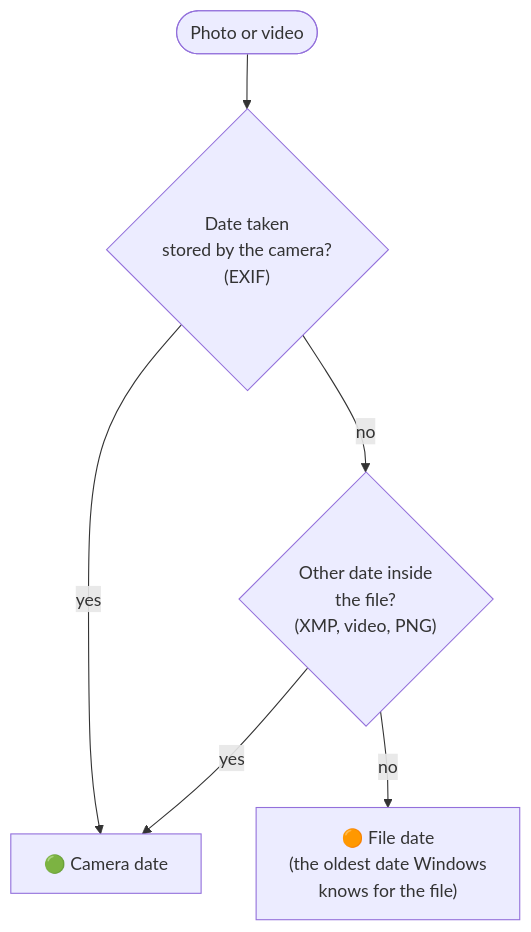
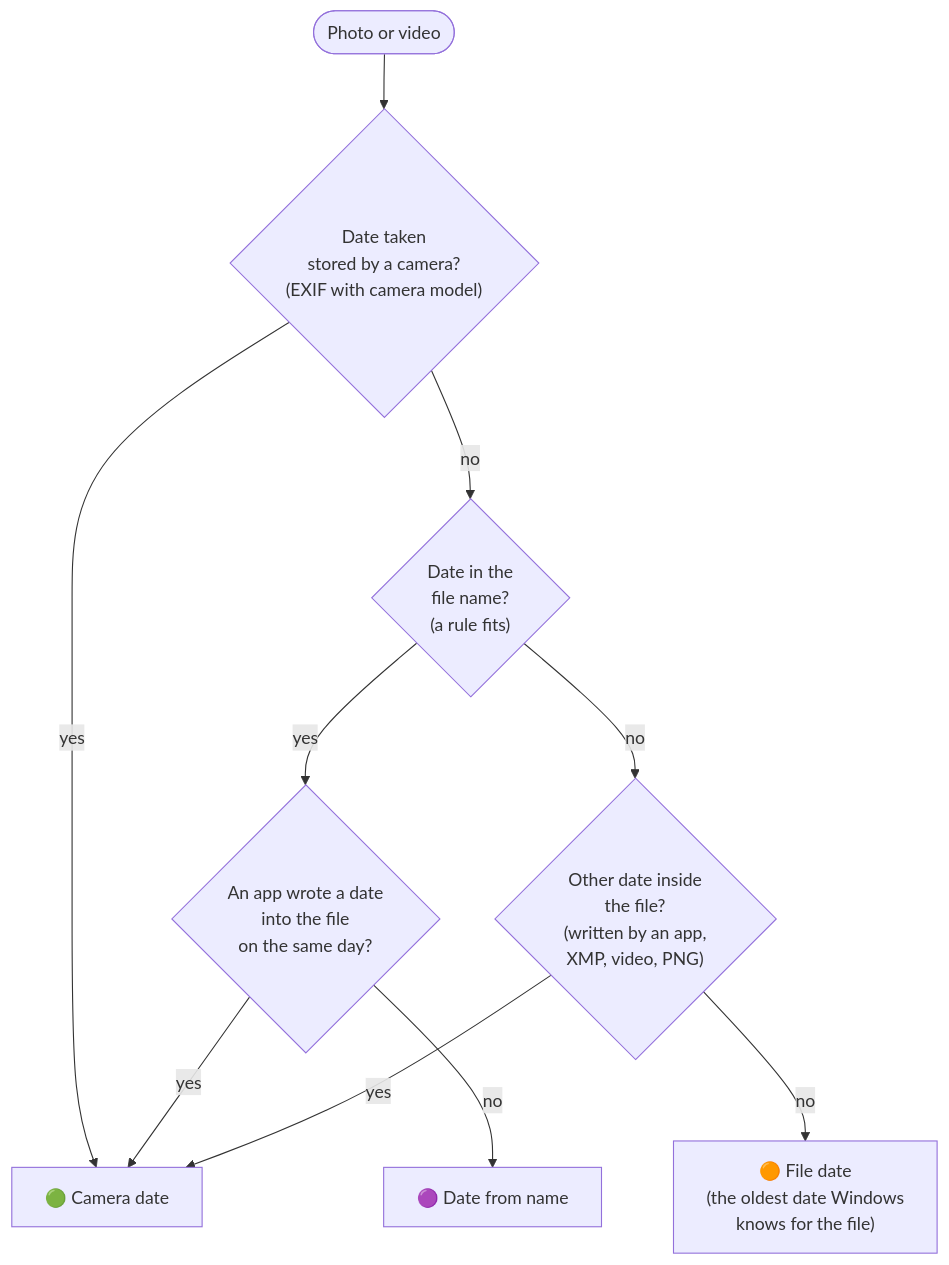
Before and after one commit to jannikjordan/snapdate: the second of 2 diagrams in docs/user-guide.en.md, drawn with Mermaid. The commit also changed other lines of this file and 6 other files, not shown here.

First line of the commit message:
docs: document dates from file names in guides, architecture and security

````diff
--- a/docs/user-guide.en.md
+++ b/docs/user-guide.en.md
@@ -211,8 +218,12 @@
 ```mermaid
 flowchart TD
-    S([Photo or video]) --> A{"Date taken<br/>stored by the camera?<br/>(EXIF)"}
+    S([Photo or video]) --> A{"Date taken<br/>stored by a camera?<br/>(EXIF with camera model)"}
     A -- yes --> OK["🟢 Camera date"]
-    A -- no --> B{"Other date inside<br/>the file?<br/>(XMP, video, PNG)"}
+    A -- no --> N{"Date in the<br/>file name?<br/>(a rule fits)"}
+    N -- yes --> C{"An app wrote a date<br/>into the file<br/>on the same day?"}
+    C -- yes --> OK
+    C -- no --> NM["🟣 Date from name"]
+    N -- no --> B{"Other date inside<br/>the file?<br/>(written by an app,<br/>XMP, video, PNG)"}
     B -- yes --> OK
     B -- no --> F["🟠 File date<br/>(the oldest date Windows<br/>knows for the file)"]
 ```
````
